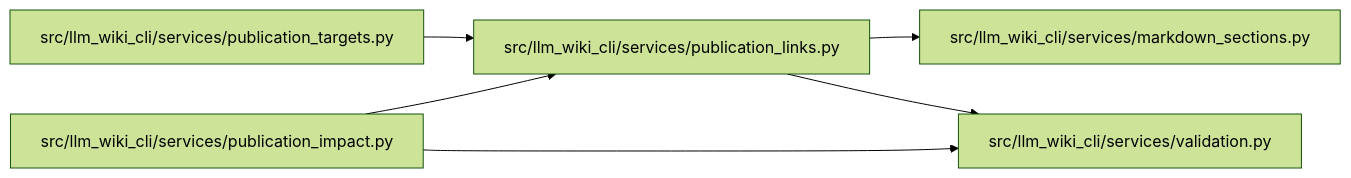
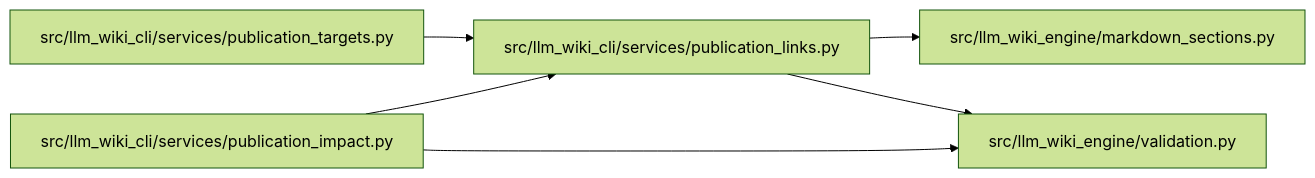
Before and after one commit to Denissvgn/python-wiki-llm: the diagram in docs/llm_wiki/modules/publication_links.md, drawn with Mermaid (forest theme). The commit also changed other lines of this file and 1103 other files, not shown here.

First line of the commit message:
docs: refresh the wiki for the llm-wiki-engine distribution

````diff
--- a/docs/llm_wiki/modules/publication_links.md
+++ b/docs/llm_wiki/modules/publication_links.md
@@ -28,18 +28,18 @@
 ```mermaid
 flowchart LR
-    n0["src/llm_wiki_cli/services/markdown_sections.py"]
-    n1["src/llm_wiki_cli/services/publication_impact.py"]
-    n2["src/llm_wiki_cli/services/publication_links.py"]
-    n3["src/llm_wiki_cli/services/publication_targets.py"]
-    n4["src/llm_wiki_cli/services/validation.py"]
-    n1 --> n2
+    n0["src/llm_wiki_cli/services/publication_impact.py"]
+    n1["src/llm_wiki_cli/services/publication_links.py"]
+    n2["src/llm_wiki_cli/services/publication_targets.py"]
+    n3["src/llm_wiki_engine/markdown_sections.py"]
+    n4["src/llm_wiki_engine/validation.py"]
+    n0 --> n1
+    n0 --> n4
+    n1 --> n3
     n1 --> n4
-    n2 --> n0
-    n2 --> n4
-    n3 --> n2
-    click n0 "../modules/markdown_sections.md"
-    click n1 "../modules/publication_impact.md"
-    click n2 "../modules/publication_links.md"
-    click n3 "../modules/publication_targets.md"
+    n2 --> n1
+    click n0 "../modules/publication_impact.md"
+    click n1 "../modules/publication_links.md"
+    click n2 "../modules/publication_targets.md"
+    click n3 "../modules/markdown_sections.md"
     click n4 "../modules/validation.md"
 ```
````
